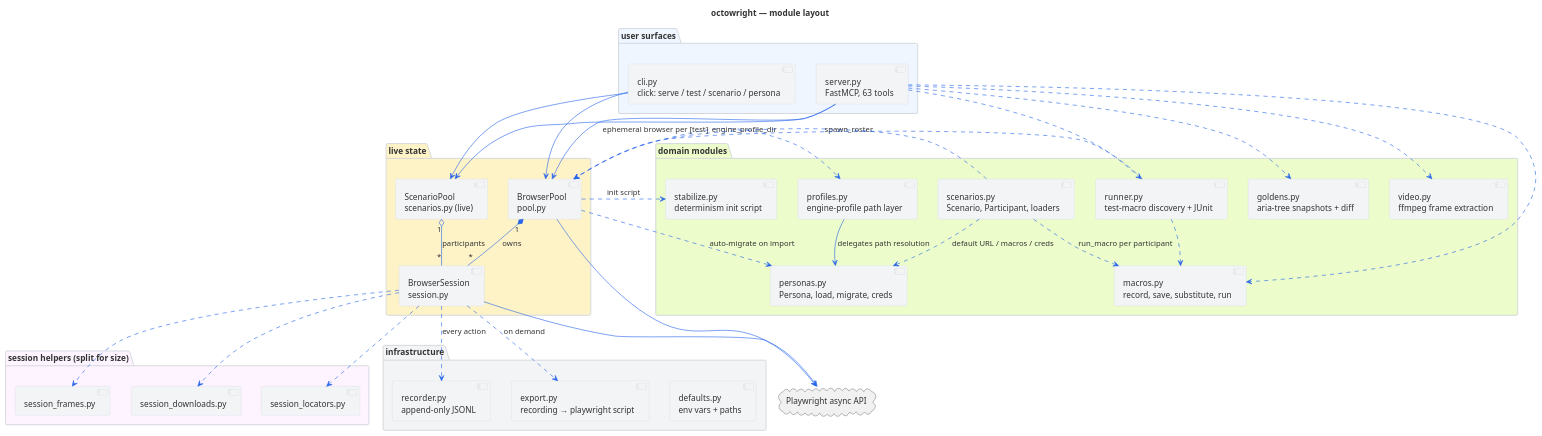
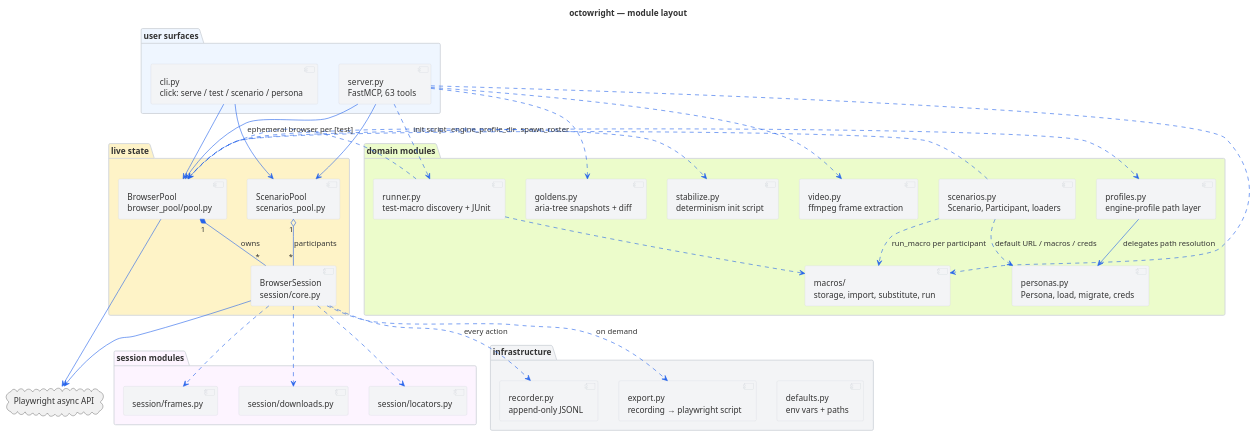
The diagram in docs/architecture/component.puml (livingstaccato/octowright), drawn with PlantUML before and after one commit. The commit also changed 88 other files, not shown here.

```diff
--- a/docs/architecture/component.puml
+++ b/docs/architecture/component.puml
@@ -5,86 +5,85 @@
 @startuml component
 title octowright — module layout
 
 skinparam backgroundColor #ffffff
 skinparam defaultFontColor #333333
 skinparam componentBorderColor #d1d5db
 skinparam componentBackgroundColor #f3f4f6
 skinparam packageBorderColor #d1d5db
 skinparam packageBackgroundColor #ffffff
 skinparam arrowColor #2563eb
 skinparam noteBorderColor #d1d5db
 skinparam noteBackgroundColor #f9fafb
 
 package "user surfaces" #eff6ff {
   [server.py\nFastMCP, 63 tools] as SERVER
   [cli.py\nclick: serve / test / scenario / persona] as CLI
 }
 
 package "live state" #fef3c7 {
-  [BrowserPool\npool.py] as POOL
-  [BrowserSession\nsession.py] as SESSION
-  [ScenarioPool\nscenarios.py (live)] as SPOOL
+  [BrowserPool\nbrowser_pool/pool.py] as POOL
+  [BrowserSession\nsession/core.py] as SESSION
+  [ScenarioPool\nscenarios_pool.py] as SPOOL
 }
 
-package "session helpers (split for size)" #fdf4ff {
-  [session_frames.py] as SF
-  [session_downloads.py] as SD
-  [session_locators.py] as SL
+package "session modules" #fdf4ff {
+  [session/frames.py] as SF
+  [session/downloads.py] as SD
+  [session/locators.py] as SL
 }
 
 package "domain modules" #ecfccb {
   [personas.py\nPersona, load, migrate, creds] as PERSONAS
   [profiles.py\nengine-profile path layer] as PROFILES
   [scenarios.py\nScenario, Participant, loaders] as SCENARIOS
-  [macros.py\nrecord, save, substitute, run] as MACROS
+  [macros/\nstorage, import, substitute, run] as MACROS
   [runner.py\ntest-macro discovery + JUnit] as RUNNER
   [goldens.py\naria-tree snapshots + diff] as GOLDENS
   [video.py\nffmpeg frame extraction] as VIDEO
   [stabilize.py\ndeterminism init script] as STABILIZE
 }
 
 package "infrastructure" #f3f4f6 {
   [defaults.py\nenv vars + paths] as DEFAULTS
   [recorder.py\nappend-only JSONL] as RECORDER
   [export.py\nrecording → playwright script] as EXPORT
 }
 
 cloud "Playwright async API" as PW
 
 ' user surfaces drive live state
 CLI --> POOL
 CLI --> SPOOL
 SERVER --> POOL
 SERVER --> SPOOL
 
 ' live state composition
 POOL "1" *-- "*" SESSION : owns
 SPOOL "1" o-- "*" SESSION : participants
 SESSION ..> SF
 SESSION ..> SD
 SESSION ..> SL
 
 ' domain dependencies
-POOL ..> PERSONAS : auto-migrate on import
 POOL ..> PROFILES : engine_profile_dir
 POOL ..> STABILIZE : init script
 SCENARIOS ..> PERSONAS : default URL / macros / creds
 SCENARIOS ..> MACROS : run_macro per participant
 SCENARIOS ..> POOL : spawn_roster
 RUNNER ..> MACROS
 RUNNER ..> POOL : ephemeral browser per [test]
 SERVER ..> RUNNER
 SERVER ..> GOLDENS
 SERVER ..> VIDEO
 SERVER ..> MACROS
 
 ' artifacts
 SESSION ..> RECORDER : every action
 SESSION ..> EXPORT : on demand
 PROFILES --> PERSONAS : delegates path resolution
 
 ' playwright
 SESSION --> PW
 POOL --> PW
 
 @enduml
```
